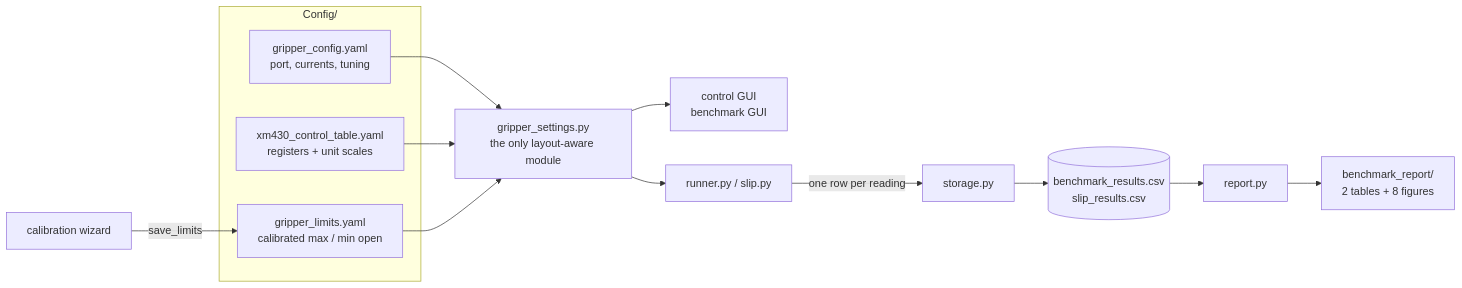
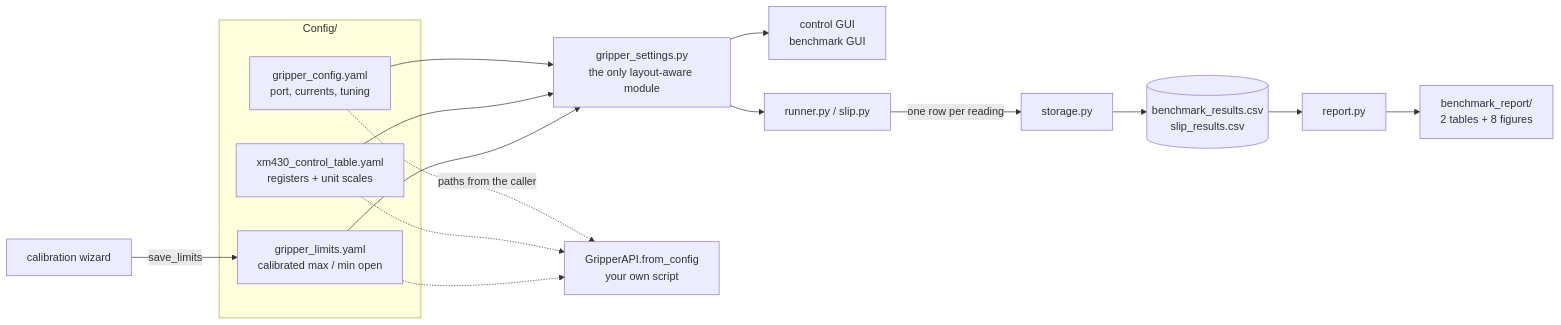
Before and after one commit to MrRox1337/GripSense: the second of 6 diagrams in README.md, drawn with Mermaid. The commit also changed other lines of this file, not shown here.

First line of the commit message:
Document the control API

````diff
--- a/README.md
+++ b/README.md
@@ -196,28 +258,32 @@
 ```mermaid
 flowchart LR
     subgraph CFG["Config/"]
         APPCFG["gripper_config.yaml<br/>port, currents, tuning"]
         CTABLE["xm430_control_table.yaml<br/>registers + unit scales"]
         LIMITS["gripper_limits.yaml<br/>calibrated max / min open"]
     end
 
     SETTINGS["gripper_settings.py<br/>the only layout-aware module"]
+    API["GripperAPI.from_config<br/>your own script"]
     CALUI["calibration wizard"]
     APPS["control GUI<br/>benchmark GUI"]
     RUNS["runner.py / slip.py"]
     STORAGE["storage.py"]
     CSV[("benchmark_results.csv<br/>slip_results.csv")]
     REPORT["report.py"]
     OUT["benchmark_report/<br/>2 tables + 8 figures"]
 
     APPCFG --> SETTINGS
     CTABLE --> SETTINGS
     LIMITS --> SETTINGS
+    APPCFG -. "paths from the caller" .-> API
+    CTABLE -.-> API
+    LIMITS -.-> API
     SETTINGS --> APPS
     SETTINGS --> RUNS
     CALUI -- "save_limits" --> LIMITS
     RUNS -- "one row per reading" --> STORAGE
     STORAGE --> CSV
     CSV --> REPORT
     REPORT --> OUT
 ```
````
